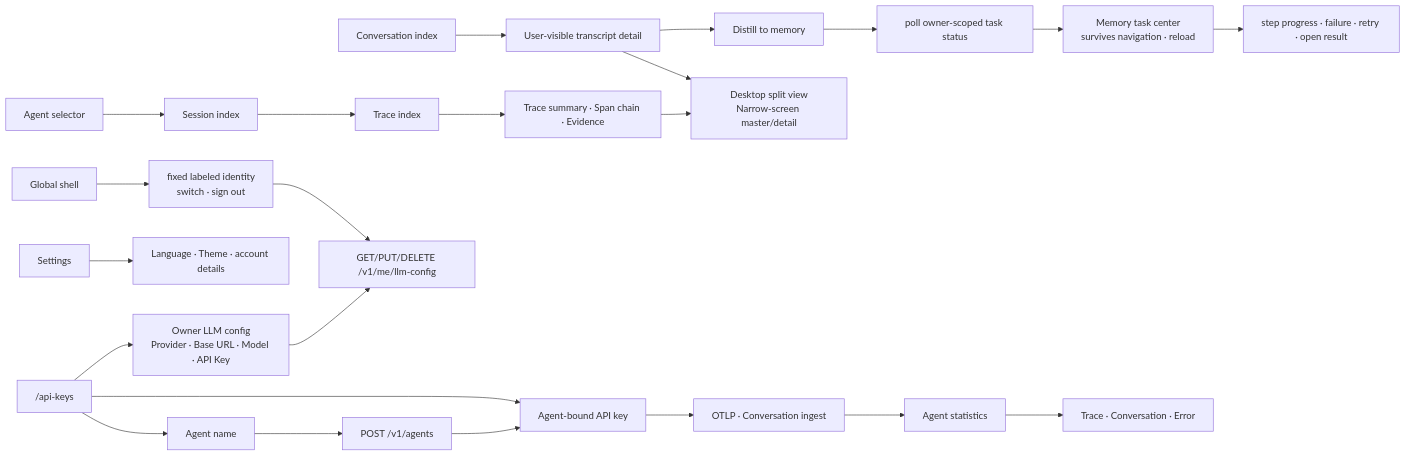
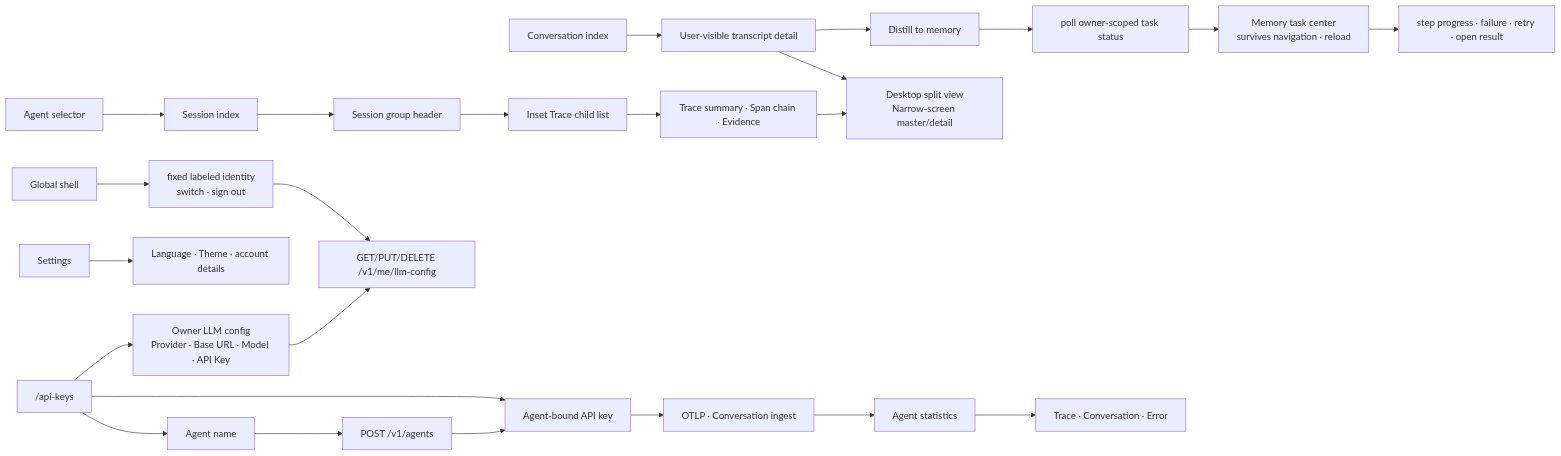
One commit to fightheyyy/CATENA changed the second of 2 diagrams in catena-web/SPEC.md. Above: the diagram before and after it, drawn with Mermaid. The commit also changed other lines of this file and 29 other files, not shown here.

````diff
--- a/catena-web/SPEC.md
+++ b/catena-web/SPEC.md
@@ -30,25 +30,26 @@
 ```mermaid
 flowchart LR
     Conversation["Conversation index"] --> ConversationDetail["User-visible transcript detail"]
     AgentTrace["Agent selector"] --> Session["Session index"]
-    Session --> Trace["Trace index"]
+    Session --> SessionGroup["Session group header"]
+    SessionGroup --> Trace["Inset Trace child list"]
     Trace --> TraceDetail["Trace summary · Span chain · Evidence"]
     ConversationDetail --> Responsive["Desktop split view<br/>Narrow-screen master/detail"]
     ConversationDetail --> Submit["Distill to memory"]
     Submit --> Poll["poll owner-scoped task status"]
     Poll --> TaskCenter["Memory task center<br/>survives navigation · reload"]
     TaskCenter --> Progress["step progress · failure · retry · open result"]
     TraceDetail --> Responsive
     Stats["Agent statistics"] --> Evidence["Trace · Conversation · Error"]
     Keys["/api-keys"] --> Name["Agent name"]
     Name --> API["POST /v1/agents"]
     API --> Credential["Agent-bound API key"]
     Keys --> Credential
     Keys --> ModelConfig["Owner LLM config<br/>Provider · Base URL · Model · API Key"]
     ModelConfig --> Go["GET/PUT/DELETE /v1/me/llm-config"]
     Credential --> Ingest["OTLP · Conversation ingest"]
     Ingest --> Stats
     Settings["Settings"] --> Preferences["Language · Theme · account details"]
     Shell["Global shell"] --> AccountMenu["fixed labeled identity<br/>switch · sign out"]
     AccountMenu --> Go
 ```
````
